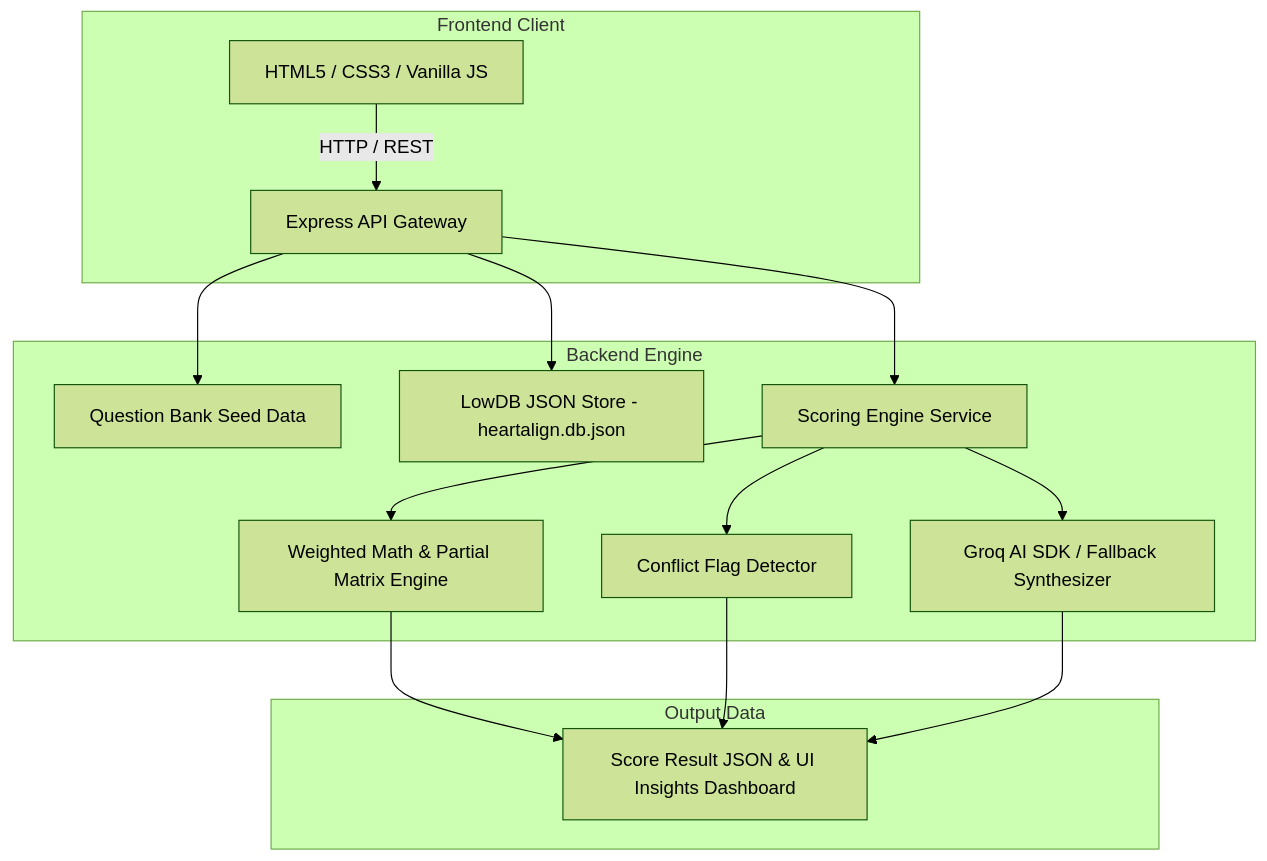
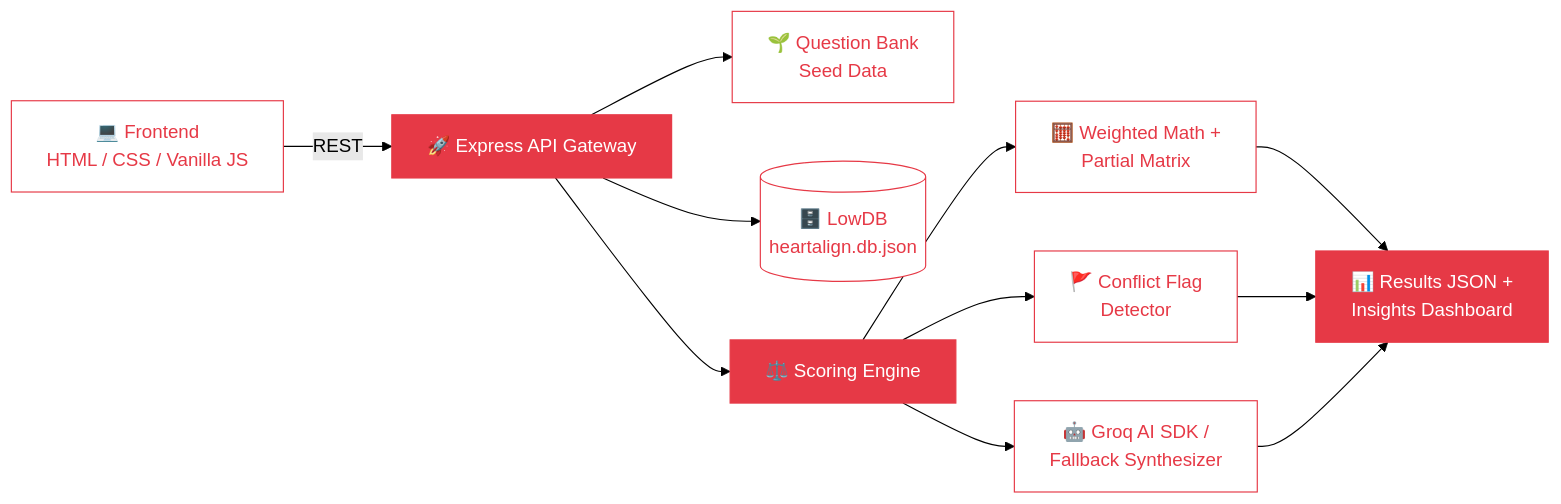
One commit to varunraj-2005/Heartalign changed the first of 2 diagrams in README.md. Above: the diagram before and after it, drawn with Mermaid (forest theme). The commit also changed other lines of this file, not shown here.

````diff
--- a/README.md
+++ b/README.md
@@ -95,19 +92,21 @@
 ```mermaid
-graph TD
-    subgraph Frontend Client
-        A[HTML5 / CSS3 / Vanilla JS] -->|HTTP / REST| B[Express API Gateway]
-    end
+flowchart LR
+    A["💻 Frontend<br/>HTML / CSS / Vanilla JS"] -->|REST| B["🚀 Express API Gateway"]
+    B --> C["🌱 Question Bank<br/>Seed Data"]
+    B --> D[("🗄️ LowDB<br/>heartalign.db.json")]
+    B --> E["⚖️ Scoring Engine"]
+    E --> F["🧮 Weighted Math +<br/>Partial Matrix"]
+    E --> G["🚩 Conflict Flag<br/>Detector"]
+    E --> H["🤖 Groq AI SDK /<br/>Fallback Synthesizer"]
+    F & G & H --> I["📊 Results JSON +<br/>Insights Dashboard"]
 
-    subgraph Backend Engine
-        B --> C[Question Bank Seed Data]
-        B --> D[LowDB JSON Store - heartalign.db.json]
-        B --> E[Scoring Engine Service]
-        E --> F[Weighted Math & Partial Matrix Engine]
-        E --> G[Conflict Flag Detector]
-        E --> H[Groq AI SDK / Fallback Synthesizer]
-    end
-
-    subgraph Output Data
-        F & G & H --> I[Score Result JSON & UI Insights Dashboard]
-    end
+    style A fill:#FFFFFF,stroke:#E63946,color:#E63946
+    style B fill:#E63946,stroke:#E63946,color:#FFFFFF
+    style C fill:#FFFFFF,stroke:#E63946,color:#E63946
+    style D fill:#FFFFFF,stroke:#E63946,color:#E63946
+    style E fill:#E63946,stroke:#E63946,color:#FFFFFF
+    style F fill:#FFFFFF,stroke:#E63946,color:#E63946
+    style G fill:#FFFFFF,stroke:#E63946,color:#E63946
+    style H fill:#FFFFFF,stroke:#E63946,color:#E63946
+    style I fill:#E63946,stroke:#E63946,color:#FFFFFF
 ```
````
